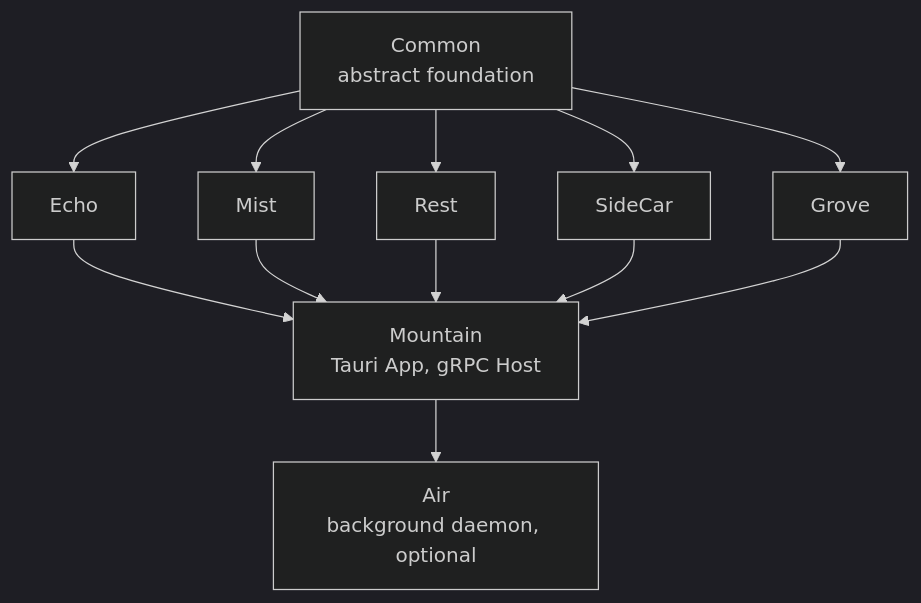
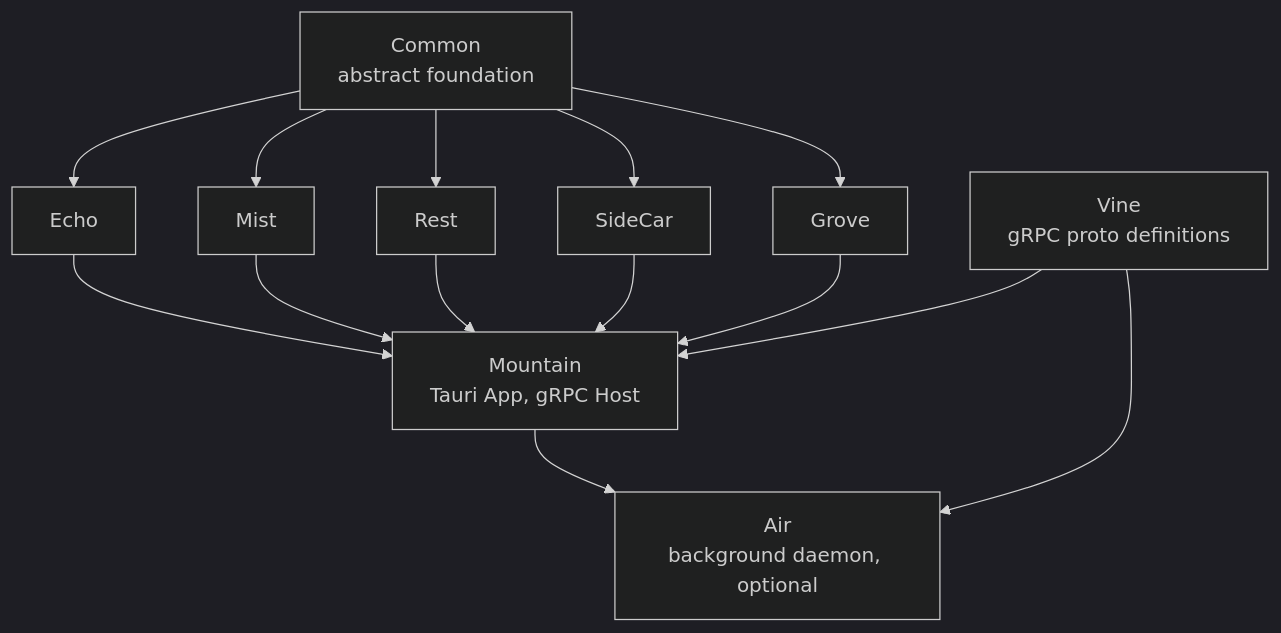
Before and after one commit to CodeEditorLand/Land: the first of 3 diagrams in Documentation/GitHub/RustInfrastructure.md, drawn with Mermaid (dark theme). The commit also changed other lines of this file and 11 other files, not shown here.

````diff
--- a/Documentation/GitHub/RustInfrastructure.md
+++ b/Documentation/GitHub/RustInfrastructure.md
@@ -41,14 +42,16 @@
 ```mermaid
 graph TB
     Common[Common<br/>abstract foundation] --> Echo[Echo]
     Common --> Mist[Mist]
     Common --> Rest[Rest]
     Common --> SideCar[SideCar]
     Common --> Grove[Grove]
     Echo --> Mountain[Mountain<br/>Tauri App, gRPC Host]
     Mist --> Mountain
     Rest --> Mountain
     SideCar --> Mountain
     Grove --> Mountain
+    Vine[Vine<br/>gRPC proto definitions] --> Mountain
+    Vine --> Air
     Mountain --> Air[Air<br/>background daemon, optional]
 ```
````
